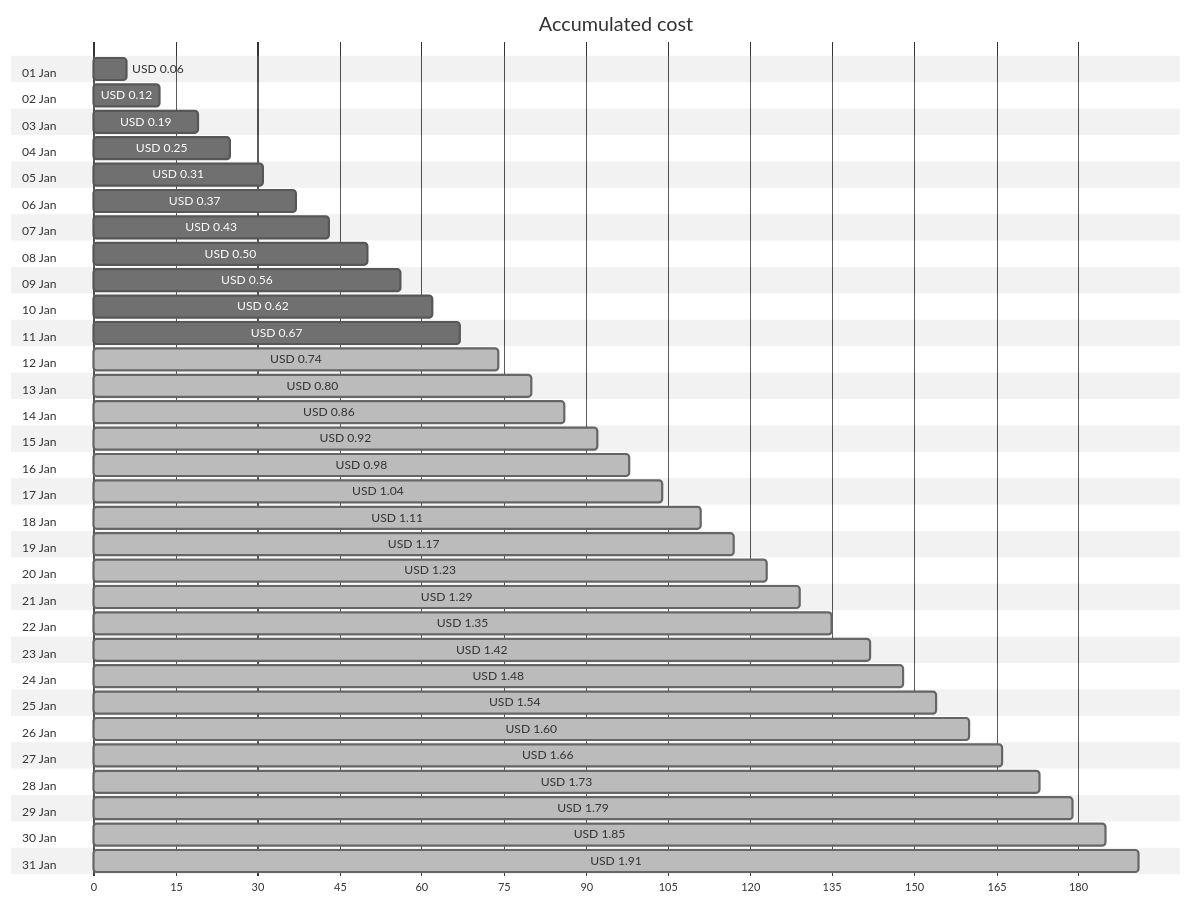
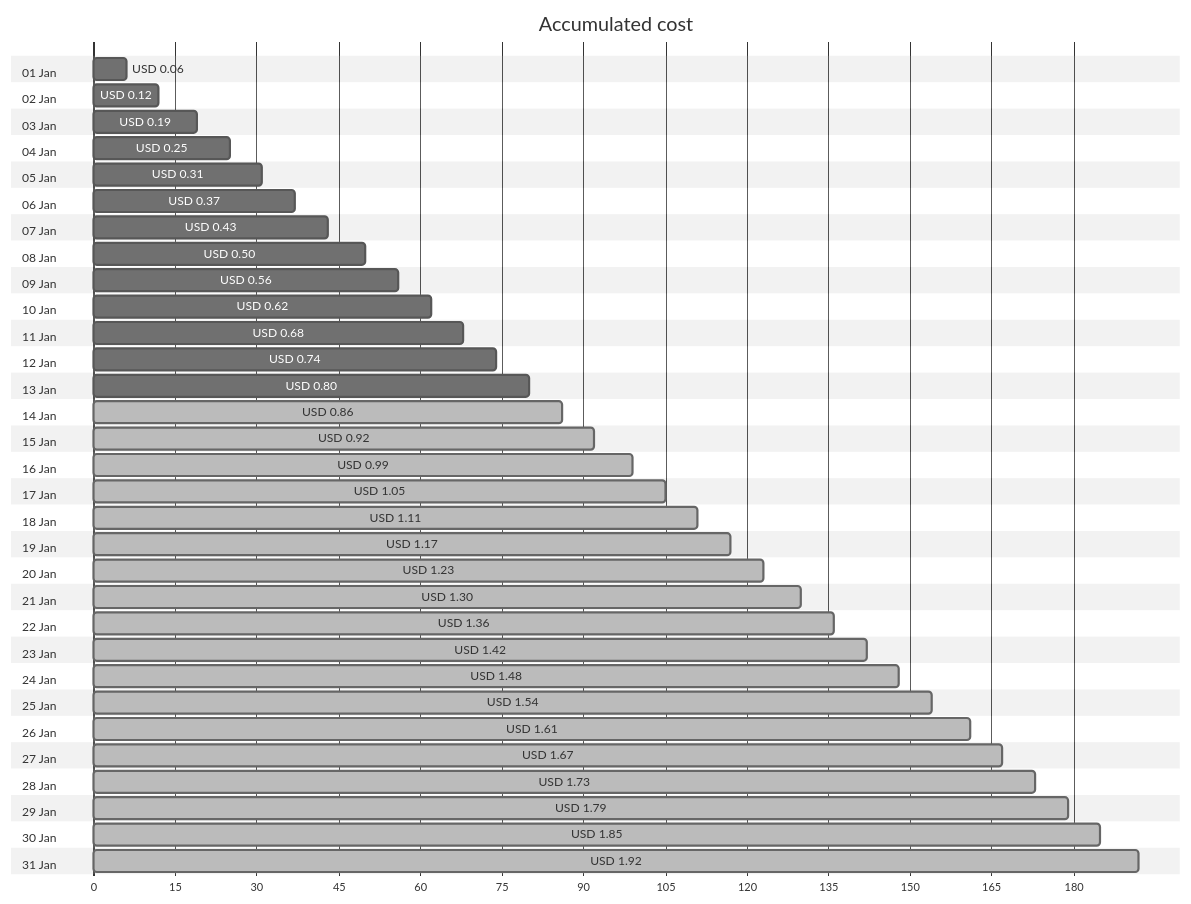
One commit to jpfulton/azure-personal-reports changed the first of 4 diagrams in cost-reports/personal-network/backup-server_OsDisk.md. Above: the diagram before and after it, drawn with Mermaid (neutral theme). The commit also changed other lines of this file and 8 other files, not shown here.

````diff
--- a/cost-reports/personal-network/backup-server_OsDisk.md
+++ b/cost-reports/personal-network/backup-server_OsDisk.md
@@ -20,68 +20,68 @@
 ```mermaid
 gantt
    title Accumulated cost
    dateFormat  X
    axisFormat %s
    section 01 Jan
    USD 0.06 :0, 6
    section 02 Jan
    USD 0.12 :0, 12
    section 03 Jan
    USD 0.19 :0, 19
    section 04 Jan
    USD 0.25 :0, 25
    section 05 Jan
    USD 0.31 :0, 31
    section 06 Jan
    USD 0.37 :0, 37
    section 07 Jan
    USD 0.43 :0, 43
    section 08 Jan
    USD 0.50 :0, 50
    section 09 Jan
    USD 0.56 :0, 56
    section 10 Jan
    USD 0.62 :0, 62
    section 11 Jan
-   USD 0.67 :0, 67
+   USD 0.68 :0, 68
    section 12 Jan
-   USD 0.74 : done, 0, 74
+   USD 0.74 :0, 74
    section 13 Jan
-   USD 0.80 : done, 0, 80
+   USD 0.80 :0, 80
    section 14 Jan
    USD 0.86 : done, 0, 86
    section 15 Jan
    USD 0.92 : done, 0, 92
    section 16 Jan
-   USD 0.98 : done, 0, 98
+   USD 0.99 : done, 0, 99
    section 17 Jan
-   USD 1.04 : done, 0, 104
+   USD 1.05 : done, 0, 105
    section 18 Jan
    USD 1.11 : done, 0, 111
    section 19 Jan
    USD 1.17 : done, 0, 117
    section 20 Jan
    USD 1.23 : done, 0, 123
    section 21 Jan
-   USD 1.29 : done, 0, 129
+   USD 1.30 : done, 0, 130
    section 22 Jan
-   USD 1.35 : done, 0, 135
+   USD 1.36 : done, 0, 136
    section 23 Jan
    USD 1.42 : done, 0, 142
    section 24 Jan
    USD 1.48 : done, 0, 148
    section 25 Jan
    USD 1.54 : done, 0, 154
    section 26 Jan
-   USD 1.60 : done, 0, 160
+   USD 1.61 : done, 0, 161
    section 27 Jan
-   USD 1.66 : done, 0, 166
+   USD 1.67 : done, 0, 167
    section 28 Jan
    USD 1.73 : done, 0, 173
    section 29 Jan
    USD 1.79 : done, 0, 179
    section 30 Jan
    USD 1.85 : done, 0, 185
    section 31 Jan
-   USD 1.91 : done, 0, 191
+   USD 1.92 : done, 0, 192
 ```
````
